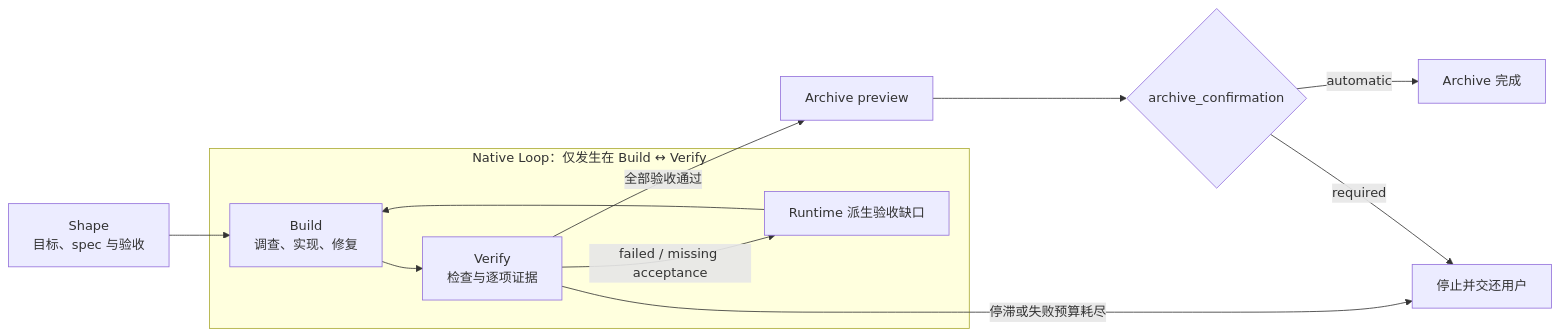
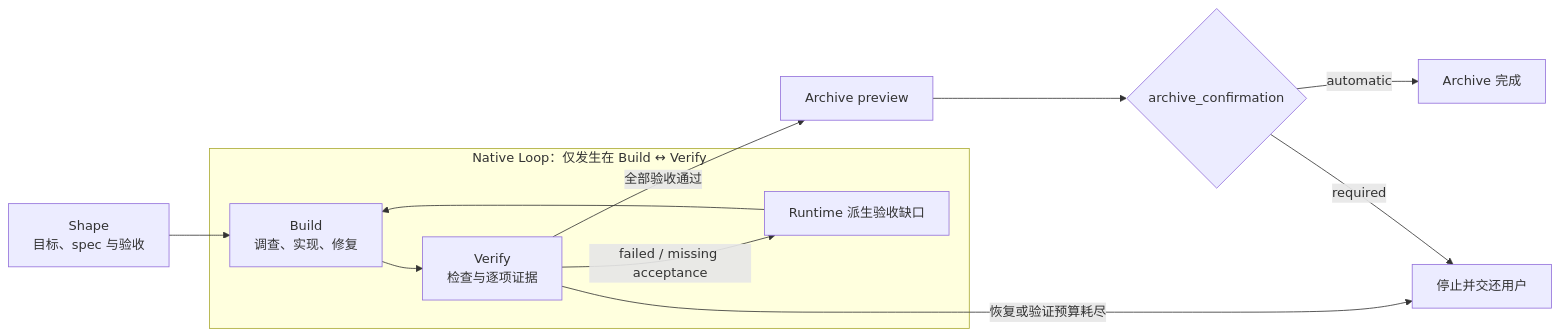
One commit to rpamis/comet-website-docs changed the first of 2 diagrams in zh/concepts/native-workflow.mdx. Above: the diagram before and after it, drawn with Mermaid. The commit also changed other lines of this file and 16 other files, not shown here.

````diff
--- a/zh/concepts/native-workflow.mdx
+++ b/zh/concepts/native-workflow.mdx
@@ -16,16 +16,16 @@
 ```mermaid
 flowchart LR
   S["Shape<br/>目标、spec 与验收"] --> B
 
   subgraph L["Native Loop：仅发生在 Build ↔ Verify"]
     B["Build<br/>调查、实现、修复"] --> V["Verify<br/>检查与逐项证据"]
     V -->|"failed / missing acceptance"| G["Runtime 派生验收缺口"]
     G --> B
   end
 
   V -->|"全部验收通过"| P["Archive preview"]
-  V -->|"停滞或失败预算耗尽"| U["停止并交还用户"]
+  V -->|"恢复或验证预算耗尽"| U["停止并交还用户"]
   P --> C{"archive_confirmation"}
   C -->|"automatic"| A["Archive 完成"]
   C -->|"required"| U
 ```
````
